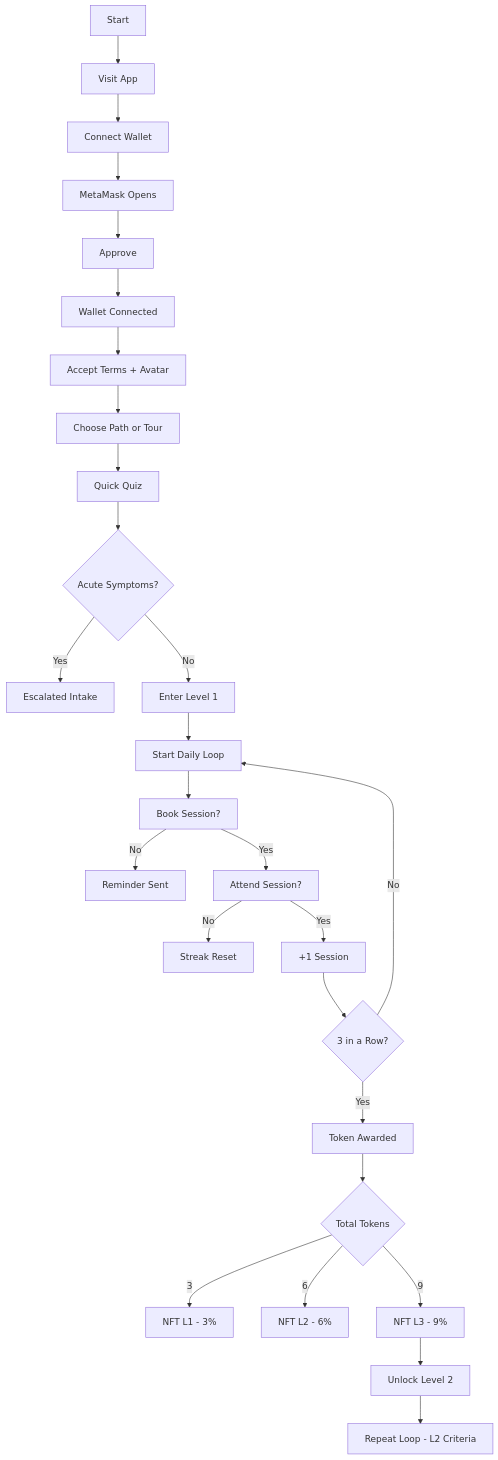
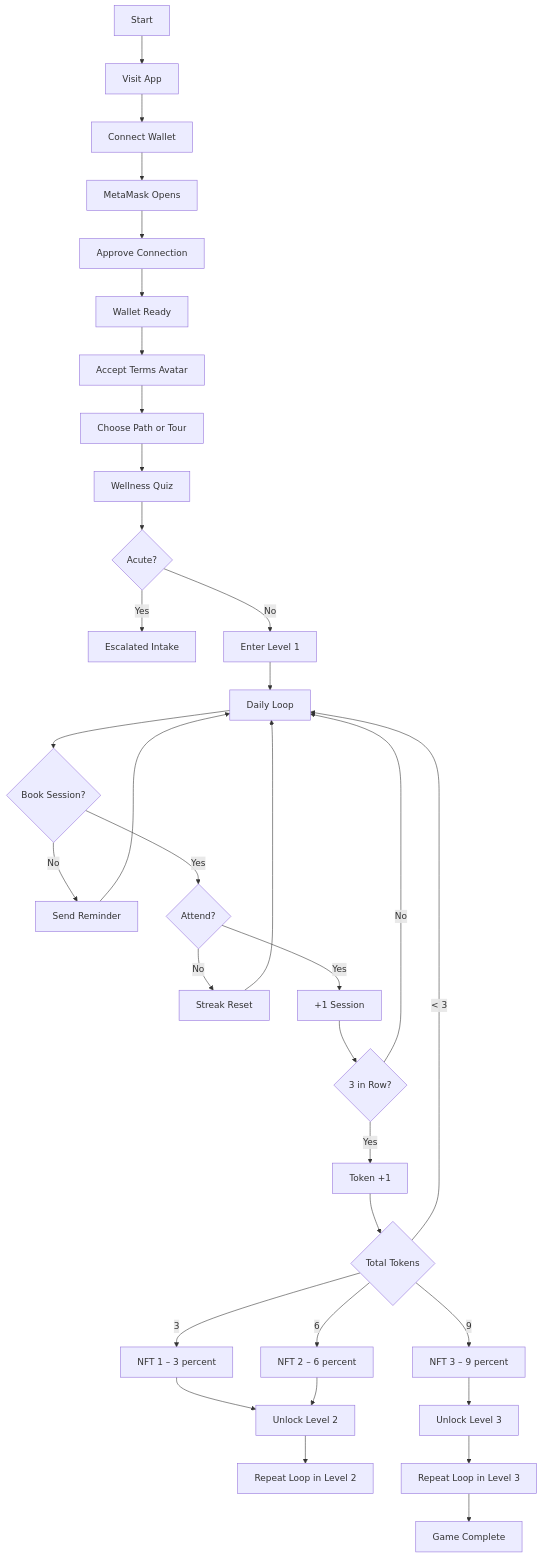
Before and after one commit to Future-Systems-Lab/HypnoNeuro: the diagram in flowcharts/game_logic_flow.md, drawn with Mermaid. The commit also changed other lines of this file, not shown here.

````diff
--- a/flowcharts/game_logic_flow.md
+++ b/flowcharts/game_logic_flow.md
@@ -6,29 +6,43 @@
 ```mermaid
 graph TD
+  %% ───────── ACCESS & ONBOARDING ─────────
   A[Start] --> B[Visit App]
   B --> C[Connect Wallet]
   C --> D[MetaMask Opens]
-  D --> E[Approve]
-  E --> F[Wallet Connected]
-  F --> G[Accept Terms + Avatar]
+  D --> E[Approve Connection]
+  E --> F[Wallet Ready]
+  F --> G[Accept Terms Avatar]
   G --> H[Choose Path or Tour]
-  H --> I[Quick Quiz]
-  I --> J{Acute Symptoms?}
+  H --> I[Wellness Quiz]
+
+  %% ───────── TRIAGE ─────────
+  I --> J{Acute?}
   J -- Yes --> K[Escalated Intake]
-  J -- No --> L[Enter Level 1]
-  L --> M[Start Daily Loop]
-  M --> N[Book Session?]
-  N -- No --> O[Reminder Sent]
-  N -- Yes --> P[Attend Session?]
-  P -- No --> Q[Streak Reset]
+  J -- No  --> L[Enter Level 1]
+
+  %% ───────── DAILY LOOP IN LEVEL 1 ─────────
+  L --> M[Daily Loop]
+  M --> N{Book Session?}
+  N -- No --> O[Send Reminder] --> M
+  N -- Yes --> P{Attend?}
+  P -- No  --> Q[Streak Reset] --> M
   P -- Yes --> R[+1 Session]
-  R --> S{3 in a Row?}
+  R --> S{3 in Row?}
   S -- No --> M
-  S -- Yes --> T[Token Awarded]
+  S -- Yes --> T[Token +1]
+
+  %% ───────── TOKEN / NFT MILESTONES ─────────
   T --> U{Total Tokens}
-  U -- 3 --> V[NFT L1 - 3%]
-  U -- 6 --> W[NFT L2 - 6%]
-  U -- 9 --> X[NFT L3 - 9%]
-  X --> Y[Unlock Level 2]
-  Y --> Z[Repeat Loop - L2 Criteria]
+  U -- &lt; 3 --> M
+  U -- 3  --> V[NFT 1 – 3 percent]
+  U -- 6  --> W[NFT 2 – 6 percent]
+  U -- 9  --> X[NFT 3 – 9 percent]
+
+  %% ───────── ROOM UNLOCKS ─────────
+  V --> Y[Unlock Level 2]
+  W --> Y
+  Y --> Z[Repeat Loop in Level 2]
+  X --> AA[Unlock Level 3]
+  AA --> AB[Repeat Loop in Level 3]
+  AB --> AC[Game Complete]
 ```
````
